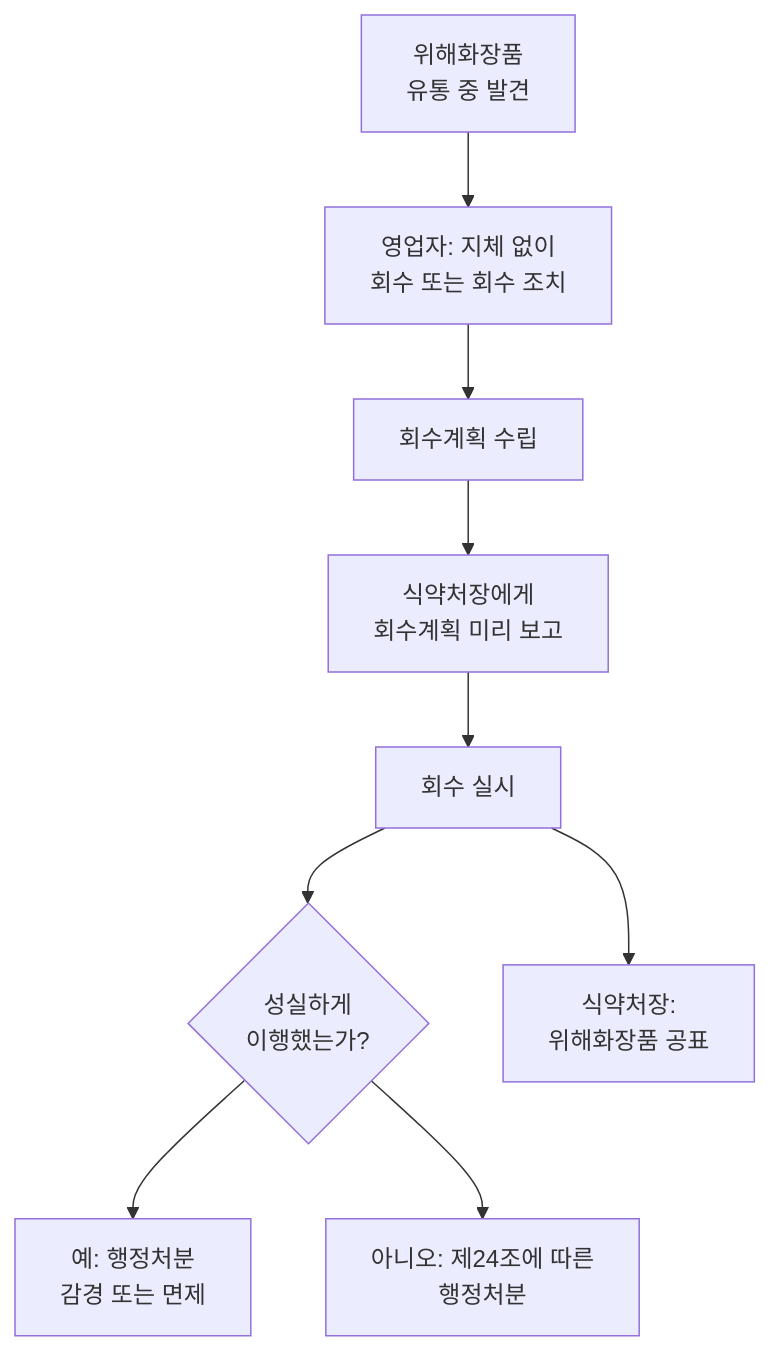
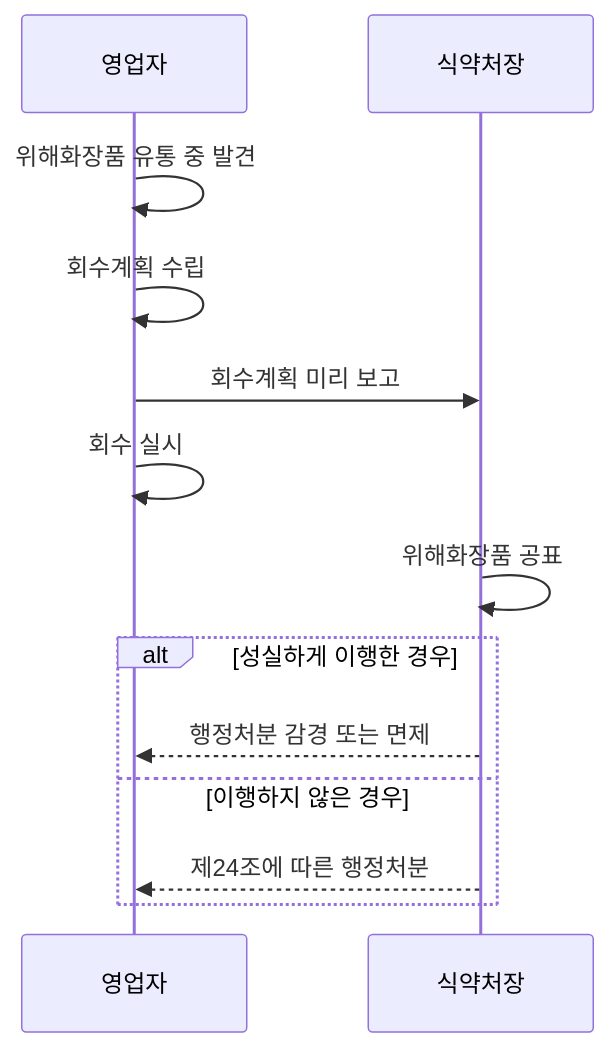
Before and after one commit to skygoldlee-cyber/Personalized_Skincare: diagram 13 of 16 in content/교재/law/1과목_화장품법의이해_이야기형.md, drawn with Mermaid. The commit also changed other lines of this file and 14 other files, not shown here.

First line of the commit message:
feat: Mermaid 추가 다이어그램 타입 지원 (sequenceDiagram 등 10종) 및 교재 5곳 sequenceDiagram 교체

````diff
--- a/content/교재/law/1과목_화장품법의이해_이야기형.md
+++ b/content/교재/law/1과목_화장품법의이해_이야기형.md
@@ -2331,11 +2337,15 @@
 ```mermaid
-flowchart TD
-    A["위해화장품<br/>유통 중 발견"] --> B["영업자: 지체 없이<br/>회수 또는 회수 조치"]
-    B --> C["회수계획 수립"]
-    C --> D["식약처장에게<br/>회수계획 미리 보고"]
-    D --> E["회수 실시"]
-    E --> F{"성실하게<br/>이행했는가?"}
-    F --> G["예: 행정처분<br/>감경 또는 면제"]
-    F --> H["아니오: 제24조에 따른<br/>행정처분"]
-    E --> I["식약처장:<br/>위해화장품 공표"]
+sequenceDiagram
+    participant A as 영업자
+    participant B as 식약처장
+    A->>A: 위해화장품 유통 중 발견
+    A->>A: 회수계획 수립
+    A->>B: 회수계획 미리 보고
+    A->>A: 회수 실시
+    B->>B: 위해화장품 공표
+    alt 성실하게 이행한 경우
+        B-->>A: 행정처분 감경 또는 면제
+    else 이행하지 않은 경우
+        B-->>A: 제24조에 따른 행정처분
+    end
 ```
````
